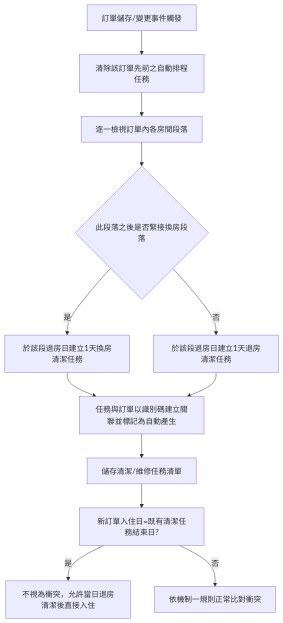
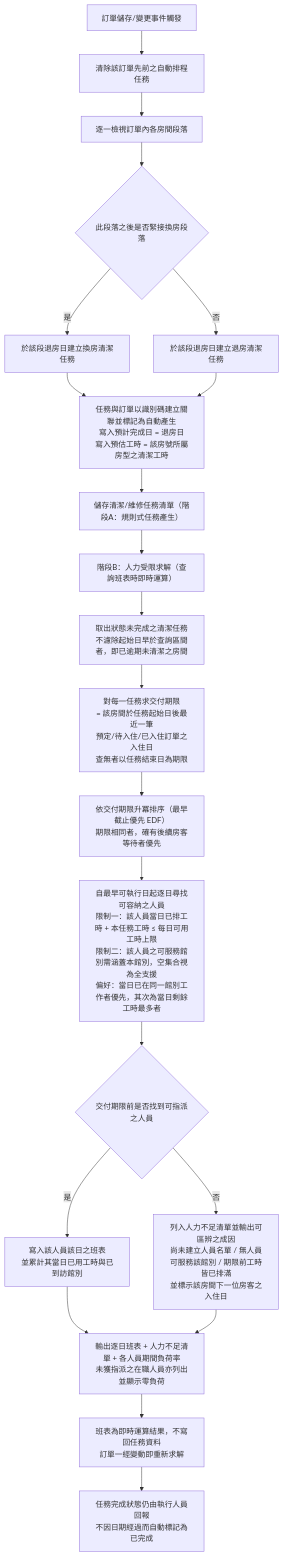
One commit to linhsuanyu199/quanju-room-system changed the diagram in patent-docs/diagrams/src/fig-3-cleaning.mmd. Above: the diagram before and after it, drawn with Mermaid. The commit also changed 22 other files, not shown here.

```diff
--- a/patent-docs/diagrams/src/fig-3-cleaning.mmd
+++ b/patent-docs/diagrams/src/fig-3-cleaning.mmd
@@ -1,12 +1,21 @@
 flowchart TD
-  A[訂單儲存/變更事件觸發] --> B[清除該訂單先前之自動排程任務]
-  B --> C[逐一檢視訂單內各房間段落]
-  C --> D{此段落之後是否緊接換房段落}
-  D -- 是 --> E[於該段退房日建立1天換房清潔任務]
-  D -- 否 --> F[於該段退房日建立1天退房清潔任務]
-  E --> G[任務與訂單以識別碼建立關聯並標記為自動產生]
+  A["訂單儲存/變更事件觸發"] --> B["清除該訂單先前之自動排程任務"]
+  B --> C["逐一檢視訂單內各房間段落"]
+  C --> D{"此段落之後是否緊接換房段落"}
+  D -- 是 --> E["於該段退房日建立換房清潔任務"]
+  D -- 否 --> F["於該段退房日建立退房清潔任務"]
+  E --> G["任務與訂單以識別碼建立關聯並標記為自動產生<br/>寫入預計完成日 = 退房日<br/>寫入預估工時 = 該房號所屬房型之清潔工時"]
   F --> G
-  G --> H[儲存清潔/維修任務清單]
-  H --> I[新訂單入住日=既有清潔任務結束日?]
-  I -- 是 --> J[不視為衝突，允許當日退房清潔後直接入住]
-  I -- 否 --> K[依機制一規則正常比對衝突]
+  G --> H["儲存清潔/維修任務清單（階段A：規則式任務產生）"]
+  H --> I["階段B：人力受限求解（查詢班表時即時運算）"]
+  I --> J["取出狀態未完成之清潔任務<br/>不濾除起始日早於查詢區間者，即已逾期未清潔之房間"]
+  J --> K["對每一任務求交付期限<br/>= 該房間於任務起始日後最近一筆<br/>預定/待入住/已入住訂單之入住日<br/>查無者以任務結束日為期限"]
+  K --> L["依交付期限升冪排序（最早截止優先 EDF）<br/>期限相同者，確有後續房客等待者優先"]
+  L --> M["自最早可執行日起逐日尋找可容納之人員<br/>限制一：該人員當日已排工時 + 本任務工時 ≤ 每日可用工時上限<br/>限制二：該人員之可服務館別需涵蓋本館別，空集合視為全支援<br/>偏好：當日已在同一館別工作者優先，其次為當日剩餘工時最多者"]
+  M --> N{"交付期限前是否找到可指派之人員"}
+  N -- 是 --> O["寫入該人員該日之班表<br/>並累計其當日已用工時與已到訪館別"]
+  N -- 否 --> P["列入人力不足清單並輸出可區辨之成因<br/>尚未建立人員名單 / 無人員可服務該館別 / 期限前工時皆已排滿<br/>並標示該房間下一位房客之入住日"]
+  O --> Q["輸出逐日班表 + 人力不足清單 + 各人員期間負荷率<br/>未獲指派之在職人員亦列出並顯示零負荷"]
+  P --> Q
+  Q --> R["班表為即時運算結果，不寫回任務資料<br/>訂單一經變動即重新求解"]
+  R --> S["任務完成狀態仍由執行人員回報<br/>不因日期經過而自動標記為已完成"]
```
